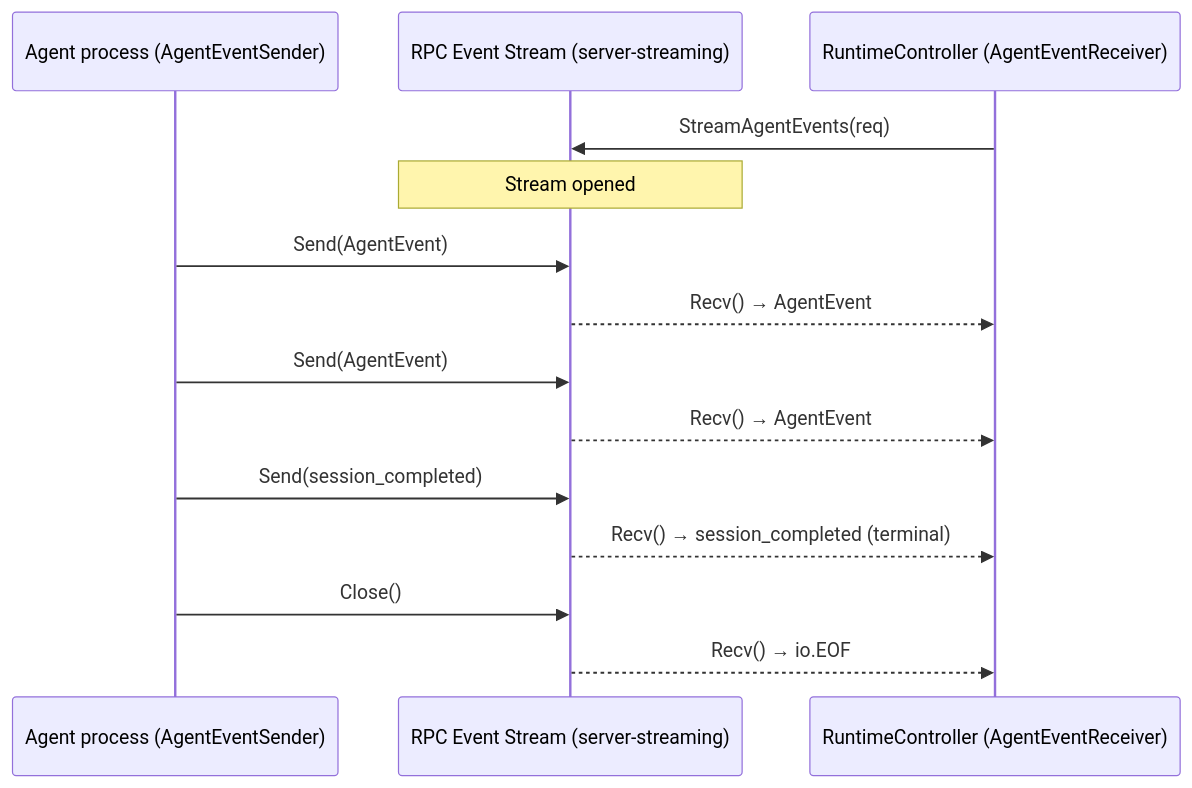
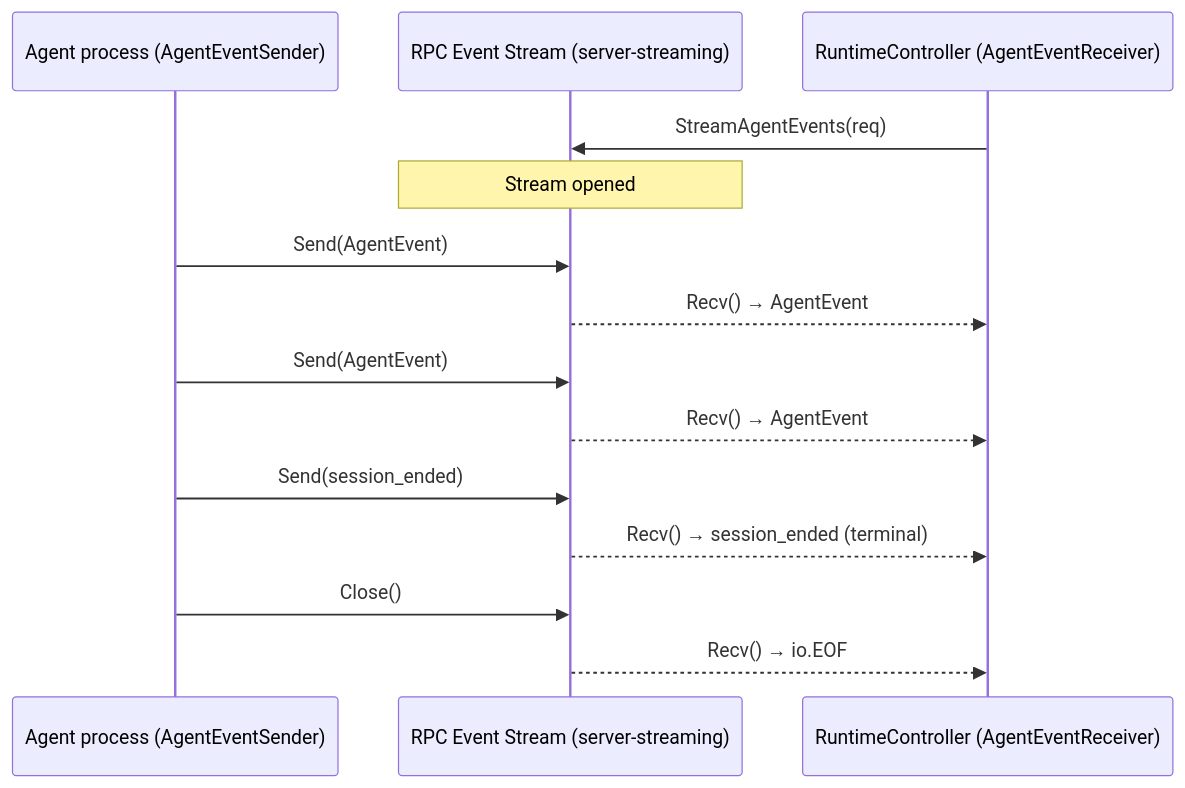
The third of 3 diagrams in docs/plans/13-rpc-layer.md (dcosson/flex-agent-runtime), drawn with Mermaid before and after one commit. The commit also changed other lines of this file and 13 other files, not shown here.

````diff
--- a/docs/plans/13-rpc-layer.md
+++ b/docs/plans/13-rpc-layer.md
@@ -85,18 +85,18 @@
 ```mermaid
 sequenceDiagram
     participant Agent as Agent process (AgentEventSender)
     participant ES as RPC Event Stream (server-streaming)
     participant RC as RuntimeController (AgentEventReceiver)
 
     RC->>ES: StreamAgentEvents(req)
     Note over ES: Stream opened
 
     Agent->>ES: Send(AgentEvent)
     ES-->>RC: Recv() → AgentEvent
     Agent->>ES: Send(AgentEvent)
     ES-->>RC: Recv() → AgentEvent
-    Agent->>ES: Send(session_completed)
-    ES-->>RC: Recv() → session_completed (terminal)
+    Agent->>ES: Send(session_ended)
+    ES-->>RC: Recv() → session_ended (terminal)
     Agent->>ES: Close()
     ES-->>RC: Recv() → io.EOF
 ```
````
